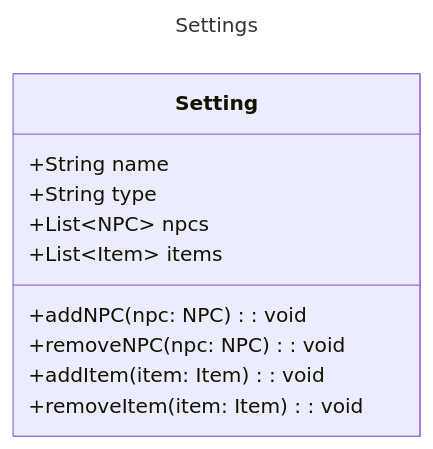
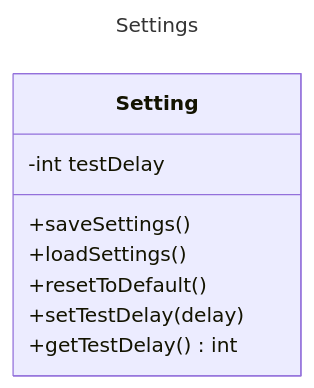
One commit to pacalso-jjc/2425-2nd-cc3-1e-rpg changed the diagram in wiki/Class-Diagram-‐-Settings-Class.md. Above: the diagram before and after it, drawn with Mermaid.

````diff
--- a/wiki/Class-Diagram-‐-Settings-Class.md
+++ b/wiki/Class-Diagram-‐-Settings-Class.md
@@ -1,18 +1,14 @@
 ```mermaid
 ---
 title: Settings
 ---
 classDiagram
     class Setting {
-        +String name
-        +String type
-        +List~NPC~ npcs
-        +List~Item~ items
-        +addNPC(npc: NPC): void
-        +removeNPC(npc: NPC): void
-        +addItem(item: Item): void
-        +removeItem(item: Item): void
+        -int testDelay
+        +saveSettings()
+        +loadSettings()
+        +resetToDefault()
+        +setTestDelay(delay)
+        +getTestDelay() int
     }
-
-    
 ```
````
